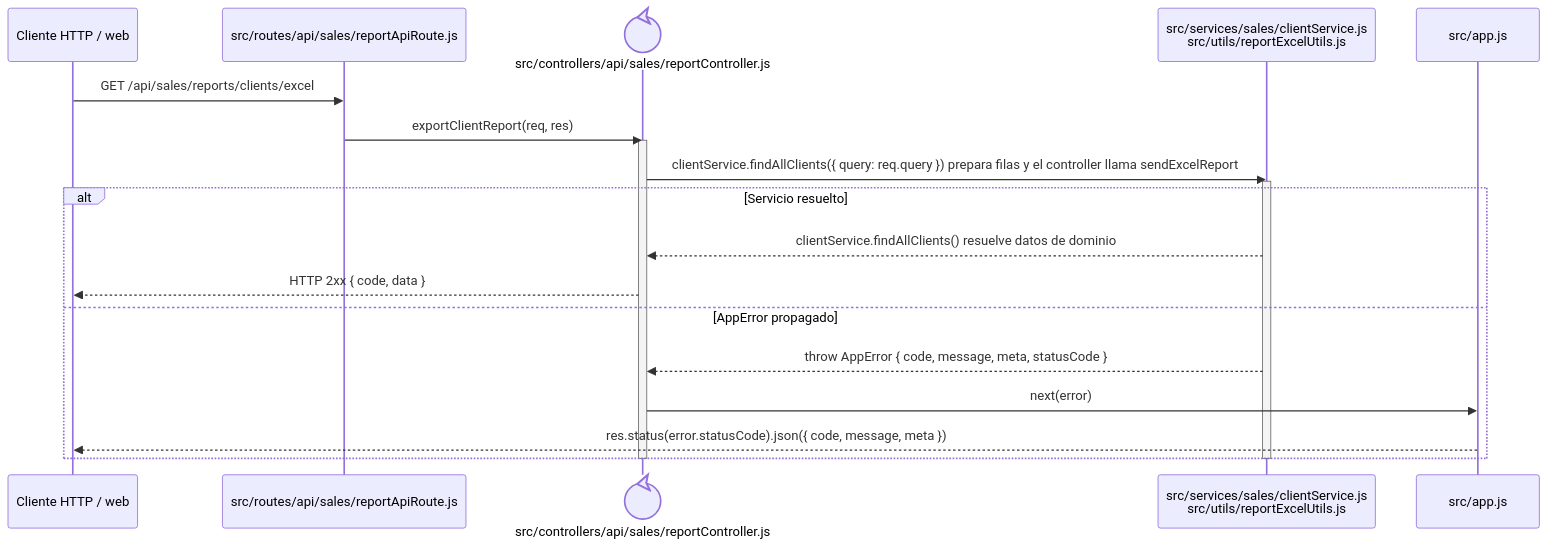
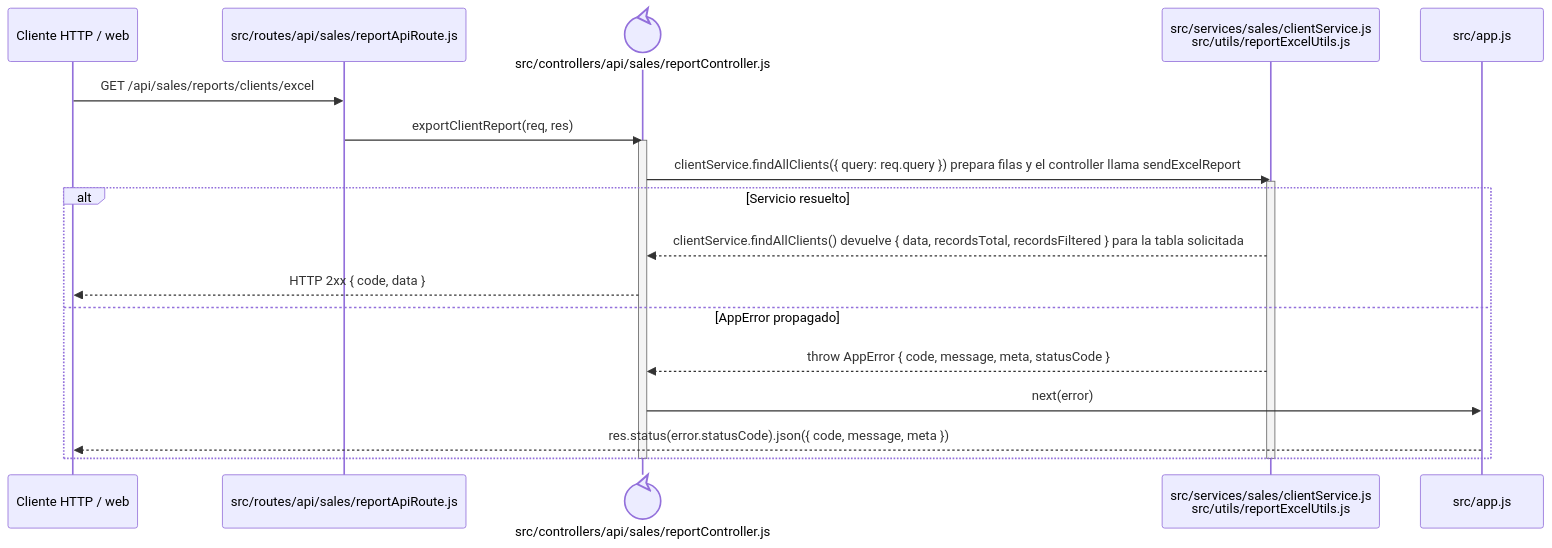
One commit to gpgsistemas01/nexus changed the diagram in docs/architecture/backend-code-sequences/catalogs/cu-cat-08.md. Above: the diagram before and after it, drawn with Mermaid. The commit also changed 102 other files, not shown here.

````diff
--- a/docs/architecture/backend-code-sequences/catalogs/cu-cat-08.md
+++ b/docs/architecture/backend-code-sequences/catalogs/cu-cat-08.md
@@ -6,24 +6,24 @@
 ```mermaid
 sequenceDiagram
     participant Client as Cliente HTTP / web
     participant Route as src/routes/api/sales/reportApiRoute.js
     participant Controller@{ "type": "control" } as src/controllers/api/sales/reportController.js
     participant Domain as src/services/sales/clientService.js<br/>src/utils/reportExcelUtils.js
     participant ErrorHandler as src/app.js
 
     Client->>Route: GET /api/sales/reports/clients/excel
     Route->>Controller: exportClientReport(req, res)
     activate Controller
     Controller->>Domain: clientService.findAllClients({ query: req.query }) prepara filas y el controller llama sendExcelReport
     activate Domain
     alt Servicio resuelto
-        Domain-->>Controller: clientService.findAllClients() resuelve datos de dominio
+        Domain-->>Controller: clientService.findAllClients() devuelve { data, recordsTotal, recordsFiltered } para la tabla solicitada
         Controller-->>Client: HTTP 2xx { code, data }
     else AppError propagado
         Domain-->>Controller: throw AppError { code, message, meta, statusCode }
         Controller->>ErrorHandler: next(error)
         ErrorHandler-->>Client: res.status(error.statusCode).json({ code, message, meta })
     end
     deactivate Domain
     deactivate Controller
 ```
````
